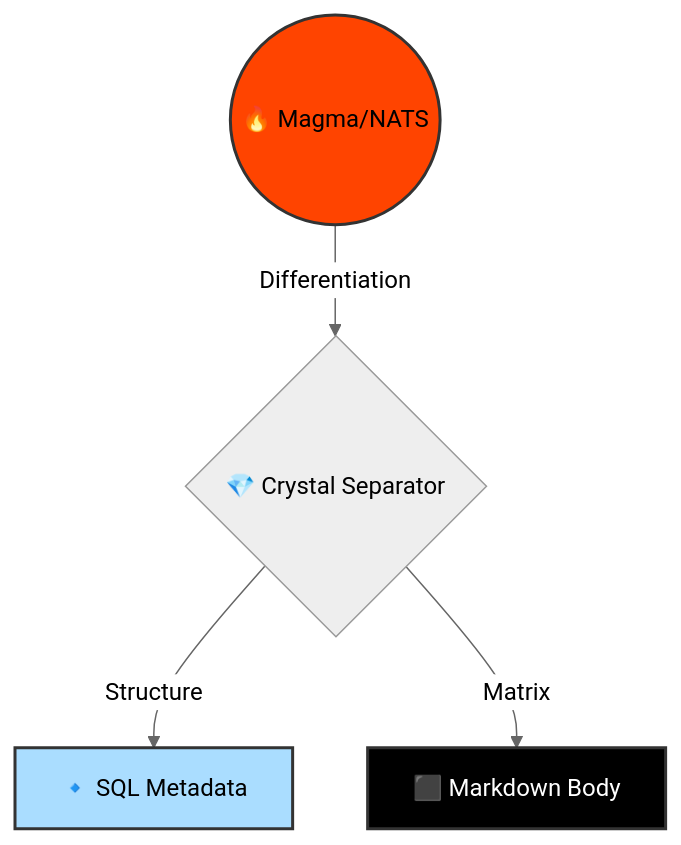
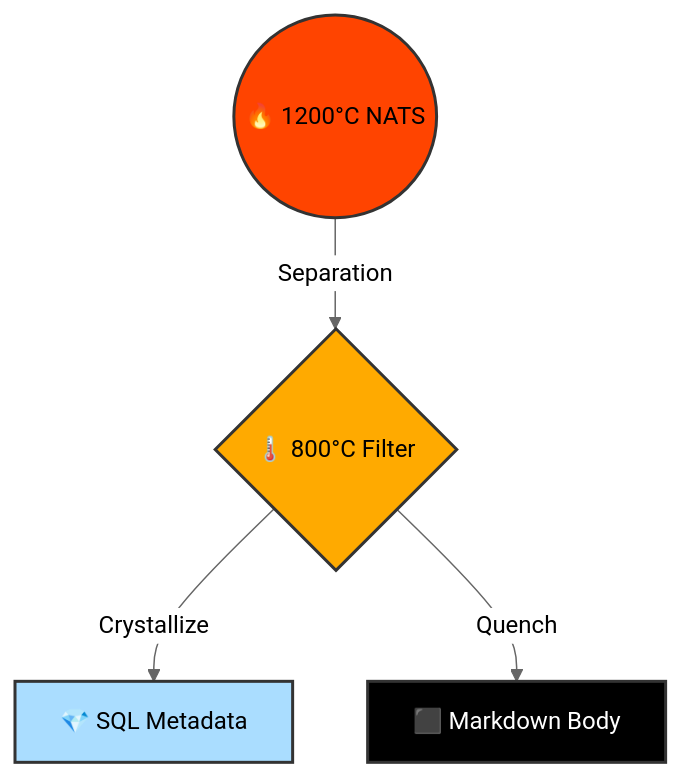
Before and after one commit to TTaoGaming/hfo_2025_11: the third of 4 diagrams in brain/design_obsidian_thermodynamics.md, drawn with Mermaid (neutral theme). The commit also changed other lines of this file, not shown here.

````diff
--- a/brain/design_obsidian_thermodynamics.md
+++ b/brain/design_obsidian_thermodynamics.md
@@ -68,9 +71,10 @@
 ```mermaid
 graph TD
-    A((🔥 Magma/NATS)) -->|Differentiation| B{💎 Crystal Separator}
-    B -->|Structure| C[🔹 SQL Metadata]
-    B -->|Matrix| D[⬛ Markdown Body]
+    A((🔥 1200°C NATS)) -->|Separation| B{🌡️ 800°C Filter}
+    B -->|Crystallize| C[💎 SQL Metadata]
+    B -->|Quench| D[⬛ Markdown Body]
     style A fill:#ff4400,stroke:#333,stroke-width:2px
+    style B fill:#ffaa00,stroke:#333,stroke-width:2px
     style C fill:#aaddff,stroke:#333,stroke-width:2px
     style D fill:#000000,stroke:#333,stroke-width:2px,color:#fff
 ```
````
